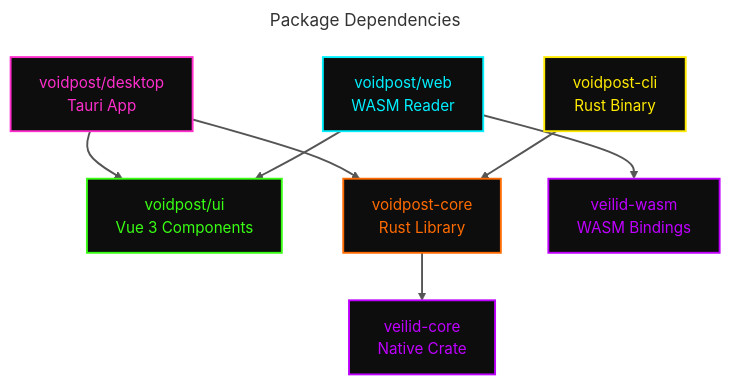
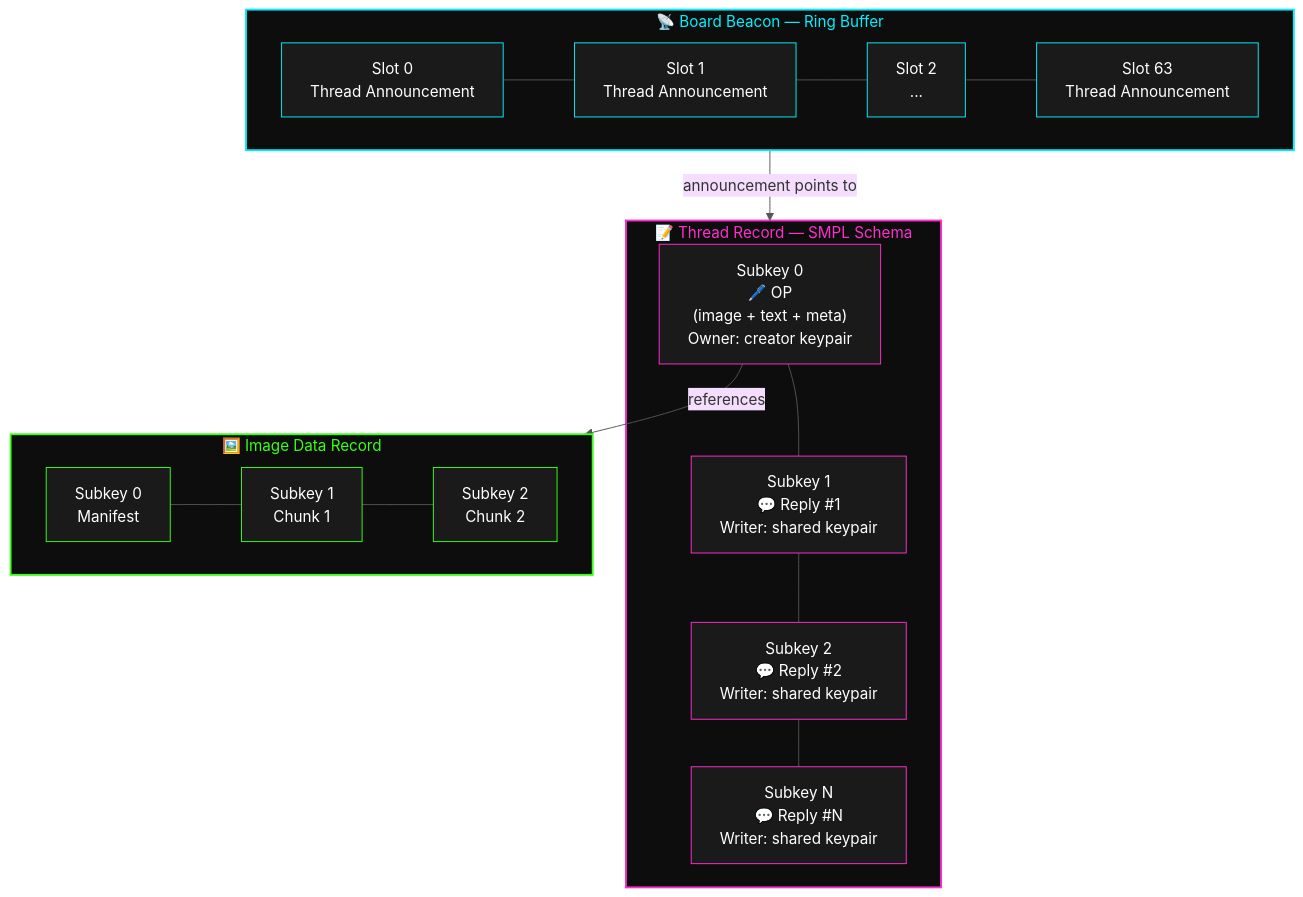
Before and after one commit to forria64/voidpost: the fifth of 7 diagrams in README.md, drawn with Mermaid (base theme). The commit also changed other lines of this file and 14 other files, not shown here.

````diff
--- a/README.md
+++ b/README.md
@@ -181,30 +278,45 @@
 ```mermaid
----
-title: Package Dependencies
----
 graph TD
-  UI["voidpost/ui\nVue 3 Components"]
-  CORE["voidpost-core\nRust Library"]
-  DESKTOP["voidpost/desktop\nTauri App"]
-  WEB["voidpost/web\nWASM Reader"]
-  CLI["voidpost-cli\nRust Binary"]
-  VEILID_CORE["veilid-core\nNative Crate"]
-  VEILID_WASM["veilid-wasm\nWASM Bindings"]
+  subgraph thread ["📝 Thread Record — SMPL Schema"]
+    S0["Subkey 0<br/>🖊️ OP<br/>(image + text + meta)<br/>Owner: creator keypair"]
+    S1["Subkey 1<br/>💬 Reply #1<br/>Writer: shared keypair"]
+    S2["Subkey 2<br/>💬 Reply #2<br/>Writer: shared keypair"]
+    SN["Subkey N<br/>💬 Reply #N<br/>Writer: shared keypair"]
+    S0 --- S1 --- S2 --- SN
+  end
 
-  DESKTOP --> UI
-  DESKTOP --> CORE
-  WEB --> UI
-  WEB --> VEILID_WASM
-  CLI --> CORE
-  CORE --> VEILID_CORE
+  subgraph beacon ["📡 Board Beacon — Ring Buffer"]
+    B0["Slot 0<br/>Thread Announcement"]
+    B1["Slot 1<br/>Thread Announcement"]
+    B2["Slot 2<br/>..."]
+    BN["Slot 63<br/>Thread Announcement"]
+    B0 --- B1 --- B2 --- BN
+  end
 
-  style UI fill:#0d0d0d,stroke:#39ff14,stroke-width:2px,color:#39ff14
-  style CORE fill:#0d0d0d,stroke:#ff6b00,stroke-width:2px,color:#ff6b00
-  style DESKTOP fill:#0d0d0d,stroke:#ff2ecc,stroke-width:2px,color:#ff2ecc
-  style WEB fill:#0d0d0d,stroke:#00f0ff,stroke-width:2px,color:#00f0ff
-  style CLI fill:#0d0d0d,stroke:#ffea00,stroke-width:2px,color:#ffea00
-  style VEILID_CORE fill:#0d0d0d,stroke:#bf00ff,stroke-width:2px,color:#bf00ff
-  style VEILID_WASM fill:#0d0d0d,stroke:#bf00ff,stroke-width:2px,color:#bf00ff
+  subgraph image ["🖼️ Image Data Record"]
+    I0["Subkey 0<br/>Manifest"]
+    I1["Subkey 1<br/>Chunk 1"]
+    I2["Subkey 2<br/>Chunk 2"]
+    I0 --- I1 --- I2
+  end
 
-  linkStyle default stroke:#555,stroke-width:2px
+  beacon -->|"announcement points to"| thread
+  S0 -->|"references"| image
+
+  style thread fill:#0d0d0d,stroke:#ff2ecc,stroke-width:2px,color:#ff2ecc
+  style beacon fill:#0d0d0d,stroke:#00f0ff,stroke-width:2px,color:#00f0ff
+  style image fill:#0d0d0d,stroke:#39ff14,stroke-width:2px,color:#39ff14
+  style S0 fill:#1a1a1a,stroke:#ff2ecc,color:#fff
+  style S1 fill:#1a1a1a,stroke:#ff2ecc,color:#fff
+  style S2 fill:#1a1a1a,stroke:#ff2ecc,color:#fff
+  style SN fill:#1a1a1a,stroke:#ff2ecc,color:#fff
+  style B0 fill:#1a1a1a,stroke:#00f0ff,color:#fff
+  style B1 fill:#1a1a1a,stroke:#00f0ff,color:#fff
+  style B2 fill:#1a1a1a,stroke:#00f0ff,color:#fff
+  style BN fill:#1a1a1a,stroke:#00f0ff,color:#fff
+  style I0 fill:#1a1a1a,stroke:#39ff14,color:#fff
+  style I1 fill:#1a1a1a,stroke:#39ff14,color:#fff
+  style I2 fill:#1a1a1a,stroke:#39ff14,color:#fff
+
+  linkStyle default stroke:#555,stroke-width:1px
 ```
````
